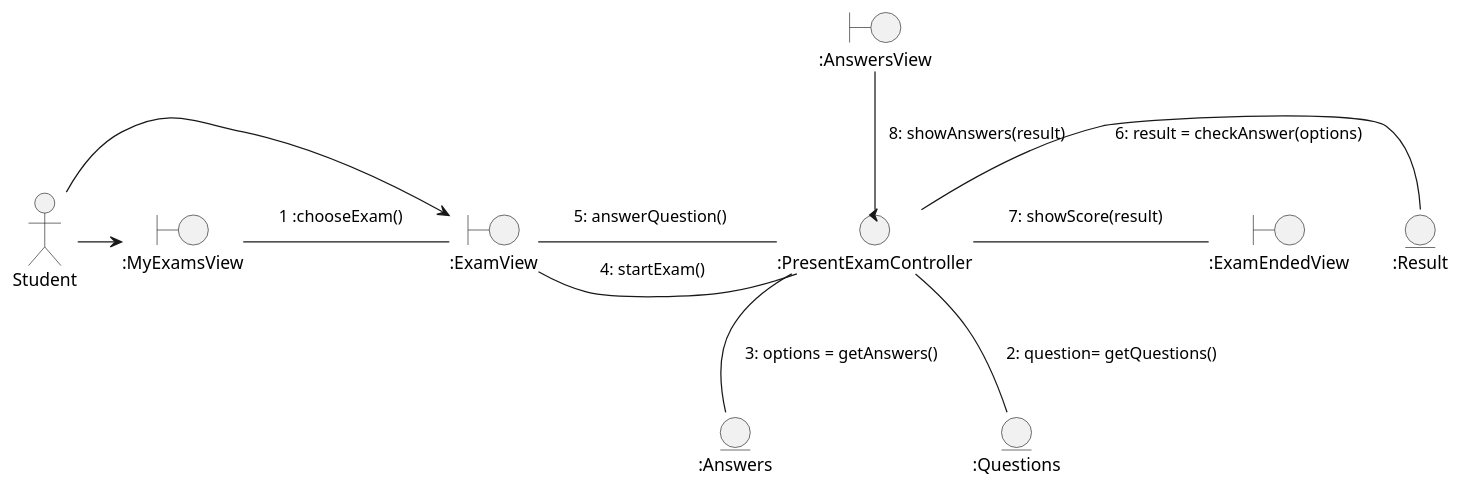
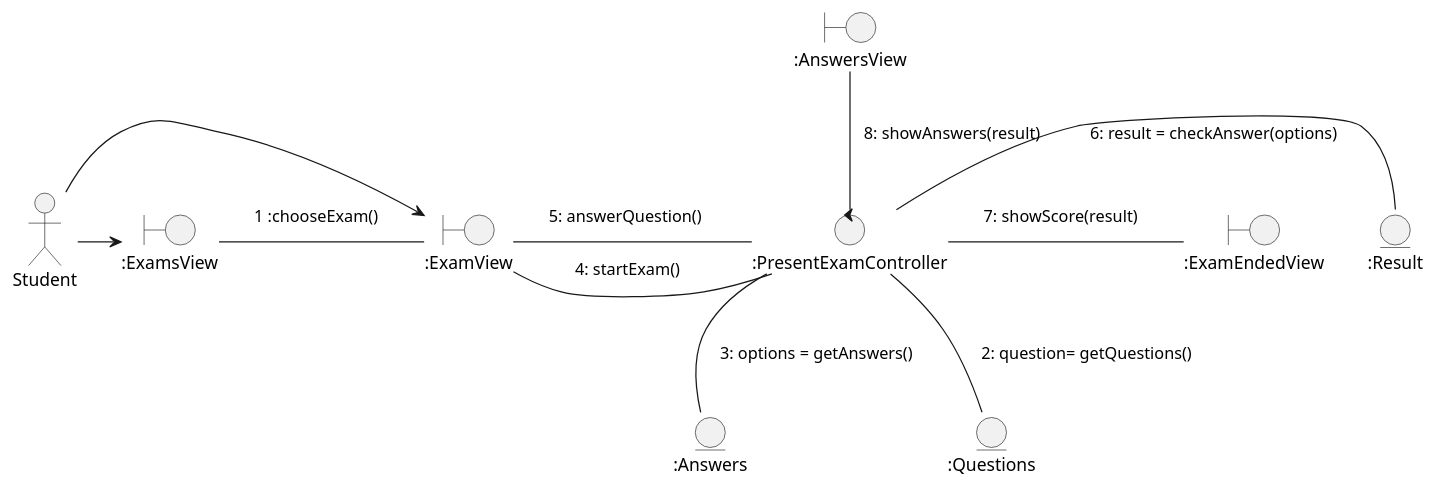
The diagram in docs/scenariosView/UC-presentExam-comunicationDiagram.plantuml (TheSProyect/Proyecto-IS-Grupo-1), drawn with PlantUML before and after one commit. The commit also changed 5 other files, not shown here.

```diff
--- a/docs/scenariosView/UC-presentExam-comunicationDiagram.plantuml
+++ b/docs/scenariosView/UC-presentExam-comunicationDiagram.plantuml
@@ -1,61 +1,61 @@
 @startuml Clases de analisis
 skinparam noteBackgroundColor transparent
 skinparam noteBorderColor transparent
 
 hide footbox
 actor Student
-boundary ":MyExamsView" as MyExamsView
+boundary ":ExamsView" as ExamsView
 boundary ":ExamView" as ExamView
 boundary ":ExamEndedView" as ExamEndedView
 boundary ":AnswersView" as AnswersView
 Control ":PresentExamController" as PresentExamController
 entity ":Result" as Result
 entity ":Answers" as Answers
 entity ":Questions" as Questions
 
-Student -> MyExamsView
+Student -> ExamsView
 Student -> ExamView
 
-MyExamsView - ExamView
+ExamsView - ExamView
 note on link 
     1 :chooseExam()
 end note 
 
 PresentExamController -down- Questions
 note on link 
     2: question= getQuestions()
 end note  
 
 PresentExamController -down- Answers
 note on link 
     3: options = getAnswers()
 end note
 
 ExamView - PresentExamController
 note on link 
     4: startExam()
 end note 
 
 ExamView -right- PresentExamController
 note on link 
     5: answerQuestion() 
 end note
 
 PresentExamController -right- Result
 note on link 
     6: result = checkAnswer(options)
 end note 
 
 PresentExamController -right- ExamEndedView
 note on link 
     7: showScore(result)
 end note 
 
 PresentExamController -up- AnswersView
 note on link 
     8: showAnswers(result)
 end note 
 
 
 
 @enduml
```
